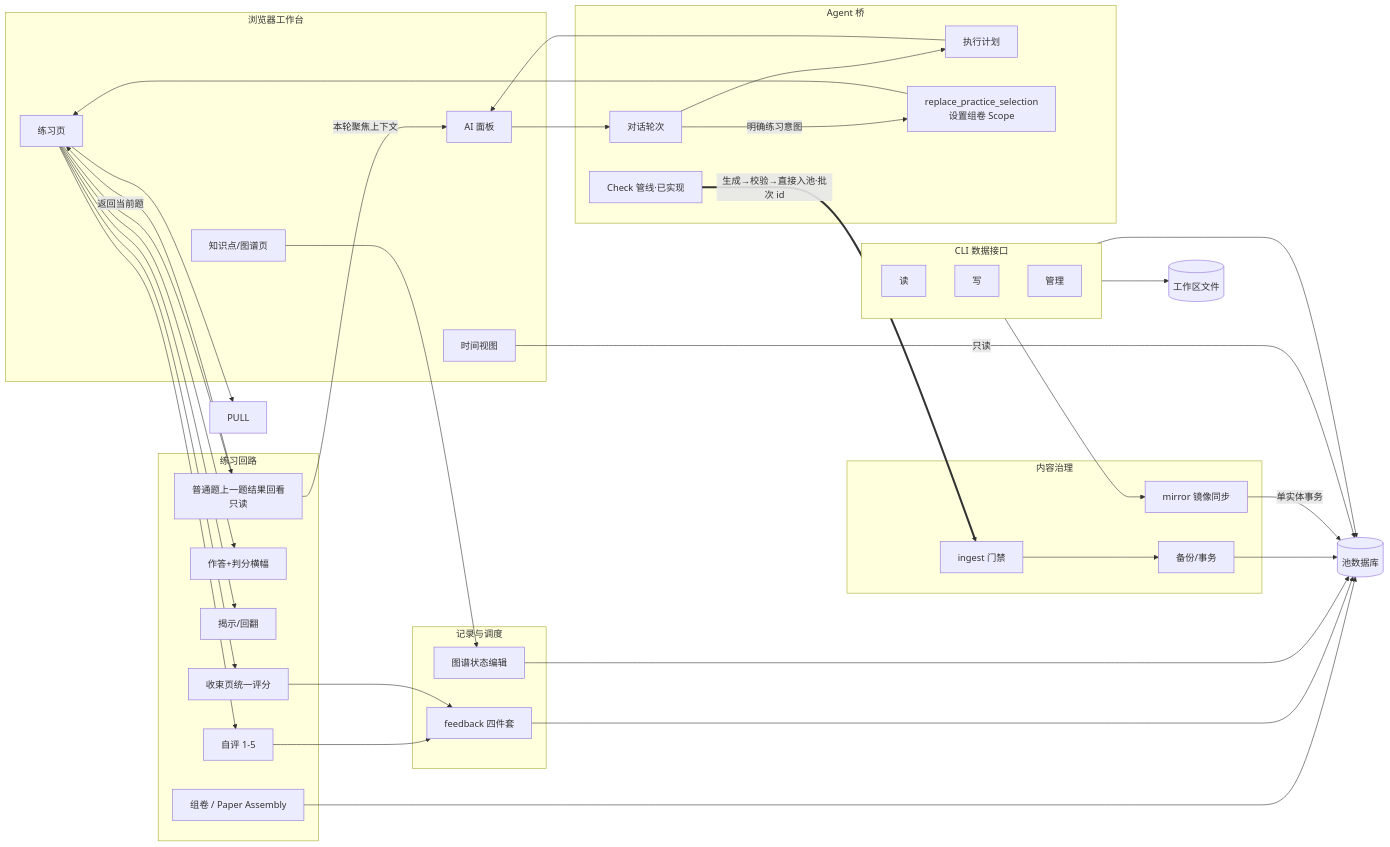
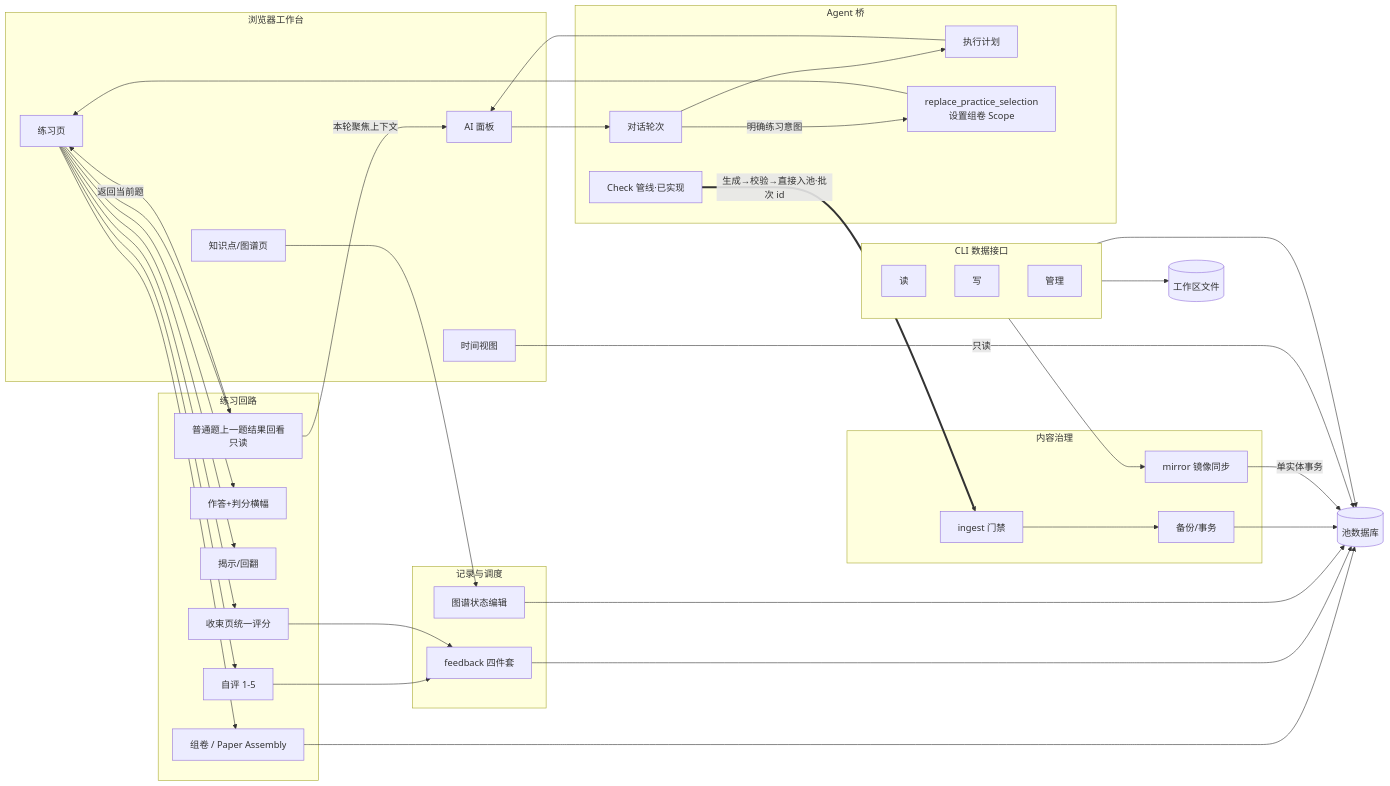
One commit to Amazinnn/Lesson-Kit changed the diagram in docs/ACTION-GRAPH.md. Above: the diagram before and after it, drawn with Mermaid. The commit also changed 3 other files, not shown here.

````diff
--- a/docs/ACTION-GRAPH.md
+++ b/docs/ACTION-GRAPH.md
@@ -39,53 +39,53 @@
 ```mermaid
 flowchart LR
   subgraph UI[浏览器工作台]
     P[练习页]
     K[知识点/图谱页]
     T[时间视图]
     A[AI 面板]
   end
   subgraph LOOP[练习回路]
     PAPER[组卷 / Paper Assembly]
     ANS[作答+判分横幅]
     REV[揭示/回翻]
     PREV[普通题上一题结果回看<br/>只读]
     RATE[自评 1-5]
     END[收束页统一评分]
   end
   subgraph REC[记录与调度]
     FB[feedback 四件套]
     GSTATE[图谱状态编辑]
   end
   subgraph GOV[内容治理]
     ING[ingest 门禁]
     BK[备份/事务]
     MIR[mirror 镜像同步]
   end
   subgraph BR[Agent 桥]
     CONV[对话轮次]
     PLAN[执行计划]
     SCOPE[replace_practice_selection<br/>设置组卷 Scope]
     CHK[Check 管线·已实现]
   end
   subgraph CLI[CLI 数据接口]
     Q[读]
     W[写]
     ADM[管理]
   end
   DB[(池数据库)]
   FS[(工作区文件)]
 
-  P --> PULL & ANS & REV & PREV & RATE & END
+  P --> PAPER & ANS & REV & PREV & RATE & END
   PREV -->|返回当前题| P
   PREV -->|本轮聚焦上下文| A
   PAPER --> DB
   RATE & END --> FB --> DB
   K --> GSTATE --> DB
   A --> CONV
   CONV --> PLAN --> A
   CONV -->|明确练习意图| SCOPE --> P
   CHK ==>|生成→校验→直接入池·批次 id| ING --> BK --> DB
   CLI --> MIR -->|单实体事务| DB
   CLI --> DB & FS
   T -->|只读| DB
 ```
````
